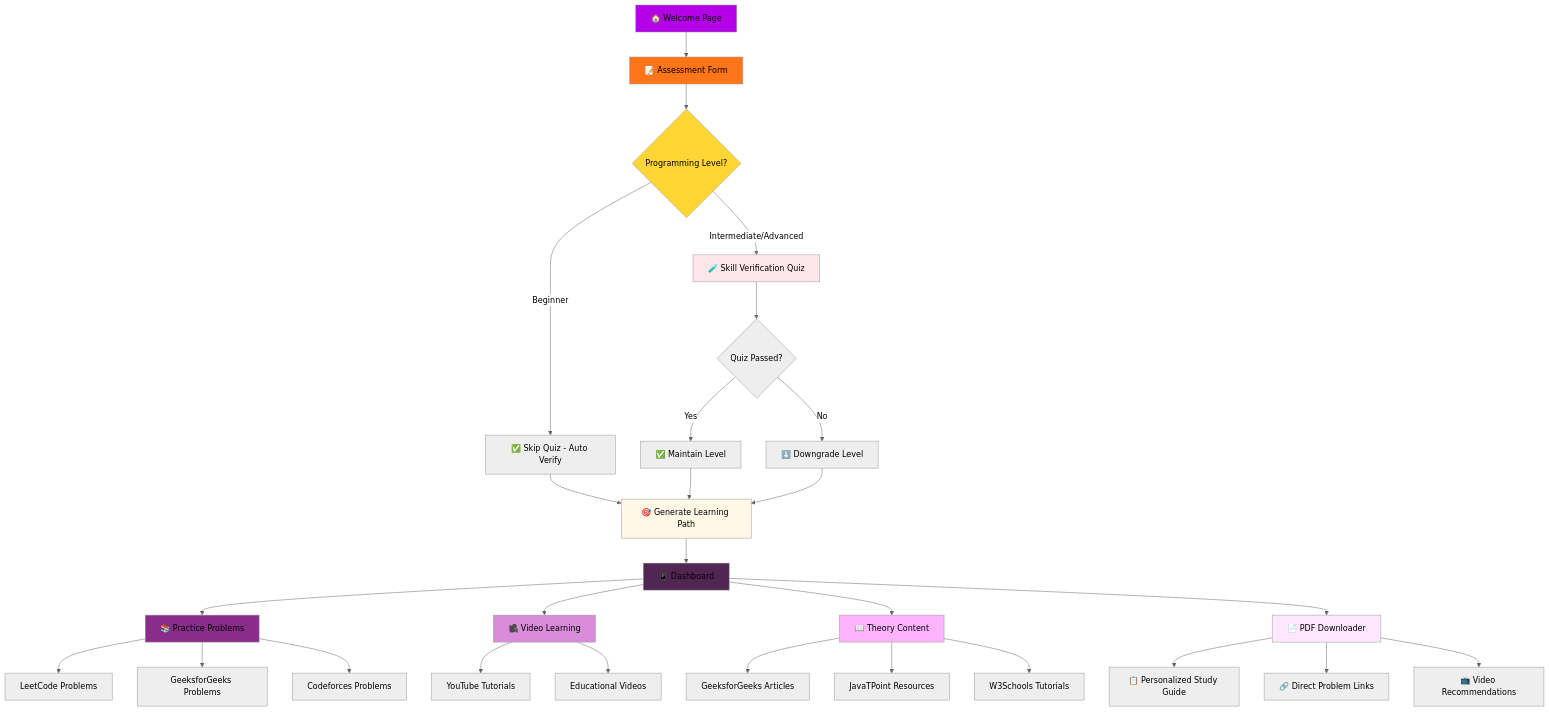
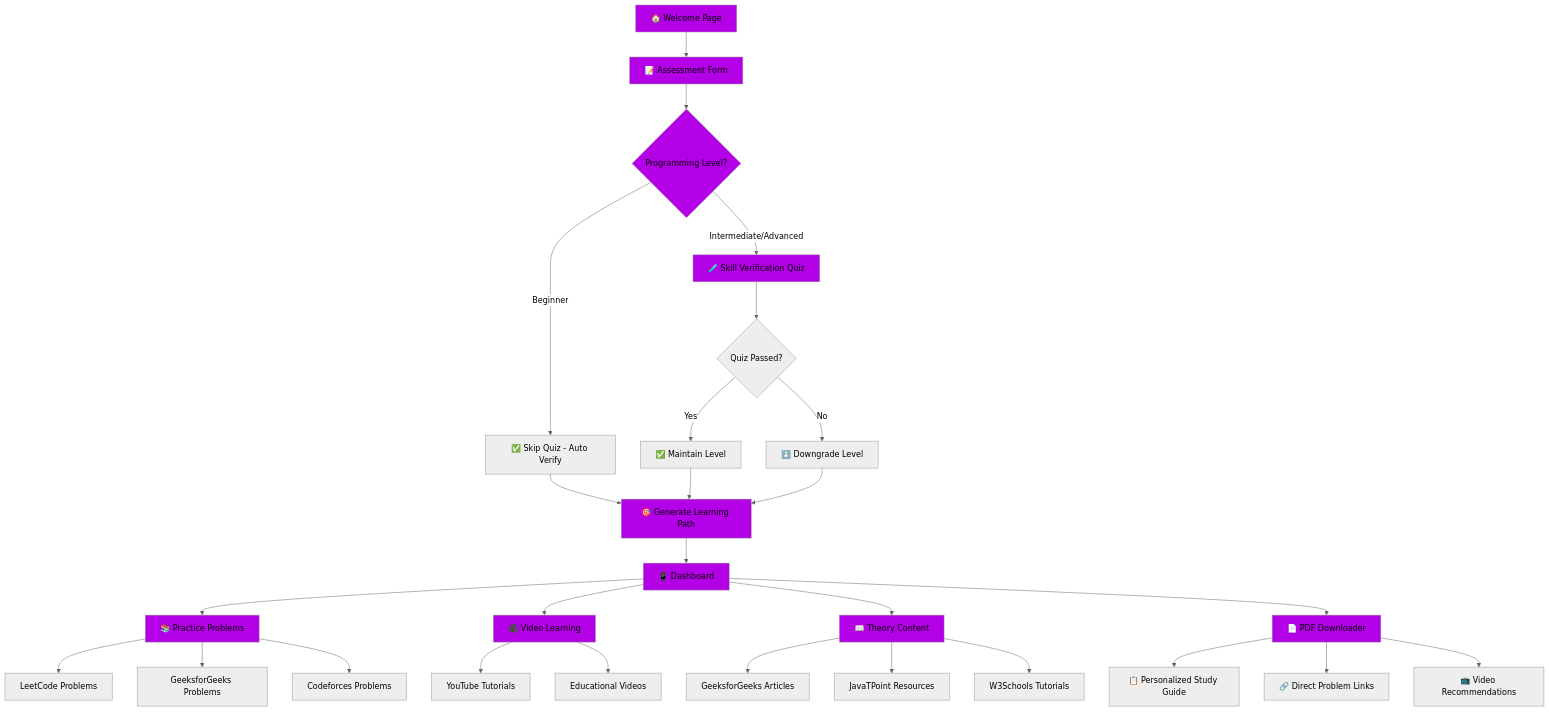
One commit to Surya-Mathivanan/MERN_STACK_CAPSTONE_PROJECT changed the diagram in README.md. Above: the diagram before and after it, drawn with Mermaid (neutral theme).

Commit message:
readme updated

````diff
--- a/README.md
+++ b/README.md
@@ -8,49 +8,49 @@
 ```mermaid
 graph TD
     A[🏠 Welcome Page] --> B[📝 Assessment Form]
     B --> C{Programming Level?}
     
     C -->|Beginner| D[✅ Skip Quiz - Auto Verify]
     C -->|Intermediate/Advanced| E[🧪 Skill Verification Quiz]
     
     E --> F{Quiz Passed?}
     F -->|Yes| G[✅ Maintain Level]
     F -->|No| H[⬇️ Downgrade Level]
     
     D --> I[🎯 Generate Learning Path]
     G --> I
     H --> I
     
     I --> J[📱 Dashboard]
     
     J --> K[📚 Practice Problems]
     J --> L[🎥 Video Learning]
     J --> M[📖 Theory Content]
     J --> N[📄 PDF Downloader]
     
     K --> O[LeetCode Problems]
     K --> P[GeeksforGeeks Problems]
     K --> Q[Codeforces Problems]
     
     L --> R[YouTube Tutorials]
     L --> S[Educational Videos]
     
     M --> T[GeeksforGeeks Articles]
     M --> U[JavaTPoint Resources]
     M --> V[W3Schools Tutorials]
     
     N --> W[📋 Personalized Study Guide]
     N --> X[🔗 Direct Problem Links]
     N --> Y[📺 Video Recommendations]
     
     style A fill:#b300e6
-    style J fill:#522653
-    style K fill:#8a2c8a
-    style L fill:#d98cd9
-    style M fill:#ffb3ff
-    style N fill:#ffe6ff
-    style B fill:#ff751a
-    style C fill:#ffd633
-    style I fill:#fff8e6
-    style E fill:#ffe6eb
+    style J fill:#b300e6
+    style K fill:#b300e6
+    style L fill:#b300e6
+    style M fill:#b300e6
+    style N fill:#b300e6
+    style B fill:#b300e6
+    style C fill:#b300e6
+    style I fill:#b300e6
+    style E fill:#b300e6
 ```
````
